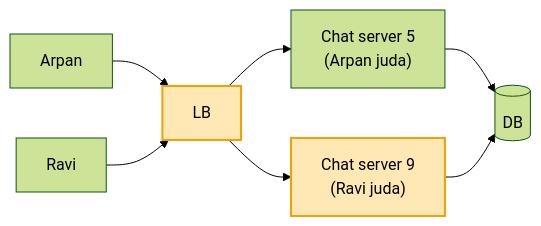
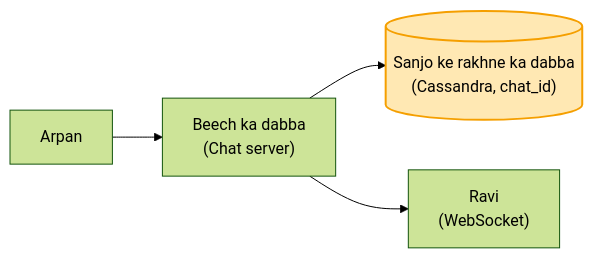
One commit to ArpanMaheshwari144/Prep changed the second of 4 diagrams in 04_HLD/SYSTEM_DESIGNS/14_chat_messaging/14_chat_messaging.md. Above: the diagram before and after it, drawn with Mermaid (forest theme). The commit also changed other lines of this file and 13 other files, not shown here.

````diff
--- a/04_HLD/SYSTEM_DESIGNS/14_chat_messaging/14_chat_messaging.md
+++ b/04_HLD/SYSTEM_DESIGNS/14_chat_messaging/14_chat_messaging.md
@@ -105,10 +54,7 @@
 ```mermaid
 flowchart LR
-    A["Arpan"] --> LB["LB"]
-    R["Ravi"] --> LB
-    LB --> S5["Chat server 5<br/>(Arpan juda)"]
-    LB --> S9["Chat server 9<br/>(Ravi juda)"]
-    S5 & S9 --> D[("DB")]
-    style LB fill:#ffe8b3,stroke:#f59f00,stroke-width:2px,color:#000
-    style S9 fill:#ffe8b3,stroke:#f59f00,stroke-width:2px,color:#000
+    A["Arpan"] --> S["Beech ka dabba<br/>(Chat server)"]
+    S --> D[("Sanjo ke rakhne ka dabba<br/>(Cassandra, chat_id)")]
+    S --> R["Ravi<br/>(WebSocket)"]
+    style D fill:#ffe8b3,stroke:#f59f00,stroke-width:2px,color:#000
 ```
````
